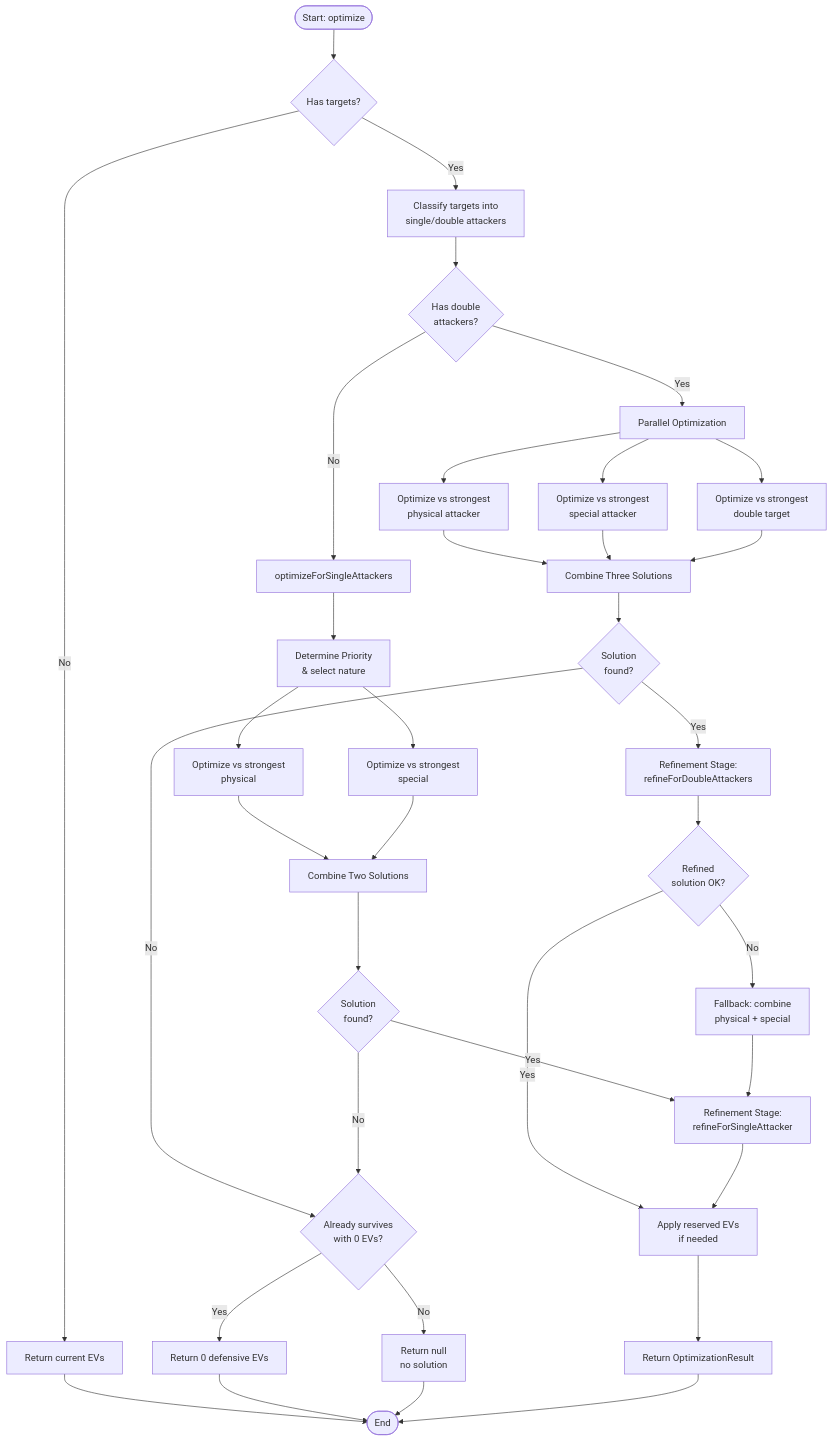
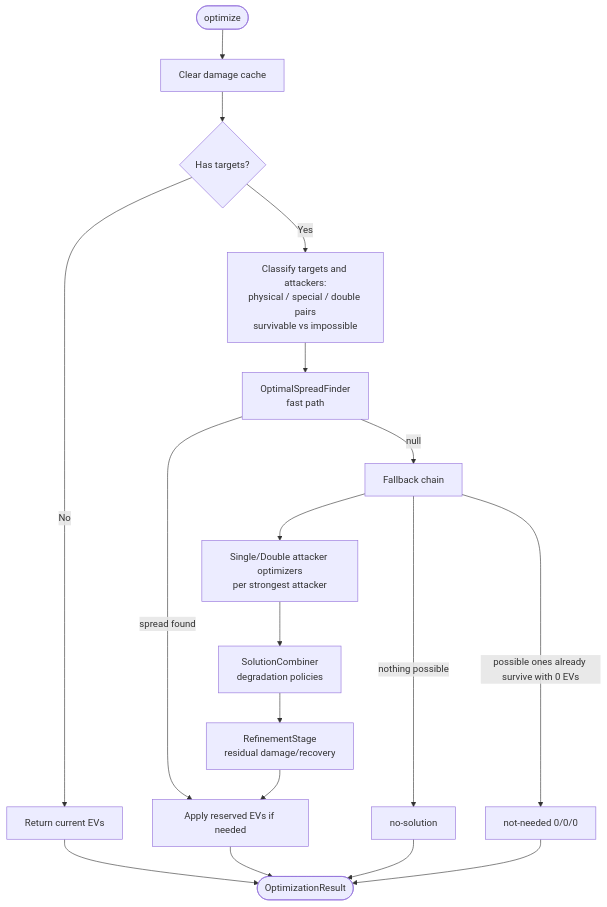
Before and after one commit to robsonbittencourt/vgc-multicalc: the diagram in src/domain/multicalc/ev-optimizer/DEFENSIVE_EV_OPTIMIZER.md, drawn with Mermaid. The commit also changed other lines of this file and 18 other files, not shown here.

````diff
--- a/src/domain/multicalc/ev-optimizer/DEFENSIVE_EV_OPTIMIZER.md
+++ b/src/domain/multicalc/ev-optimizer/DEFENSIVE_EV_OPTIMIZER.md
@@ -13,51 +20,23 @@
 ```mermaid
 flowchart TD
-    Start([Start: optimize]) --> CheckTargets{Has targets?}
+    Start([optimize]) --> Clear[Clear damage cache]
+    Clear --> CheckTargets{Has targets?}
     CheckTargets -->|No| ReturnCurrent[Return current EVs]
-    CheckTargets -->|Yes| ClassifyTargets[Classify targets into<br/>single/double attackers]
+    CheckTargets -->|Yes| Classify[Classify targets and attackers:<br/>physical / special / double pairs<br/>survivable vs impossible]
 
-    ClassifyTargets --> HasDouble{Has double<br/>attackers?}
+    Classify --> Finder[OptimalSpreadFinder<br/>fast path]
+    Finder -->|spread found| Reserved[Apply reserved EVs if needed]
+    Finder -->|null| Fallback[Fallback chain]
 
-    HasDouble -->|No| OptimizeSingle[optimizeForSingleAttackers]
-    HasDouble -->|Yes| ParallelOpt[Parallel Optimization]
+    Fallback --> SingleOpts[Single/Double attacker optimizers<br/>per strongest attacker]
+    SingleOpts --> Combine[SolutionCombiner<br/>degradation policies]
+    Combine --> Refine[RefinementStage<br/>residual damage/recovery]
+    Refine --> Reserved
 
-    ParallelOpt --> OptPhysical[Optimize vs strongest<br/>physical attacker]
-    ParallelOpt --> OptSpecial[Optimize vs strongest<br/>special attacker]
-    ParallelOpt --> OptDouble[Optimize vs strongest<br/>double target]
-
-    OptPhysical --> Combine[Combine Three Solutions]
-    OptSpecial --> Combine
-    OptDouble --> Combine
-
-    OptimizeSingle --> DetPriority[Determine Priority<br/>& select nature]
-    DetPriority --> OptSinglePhys[Optimize vs strongest<br/>physical]
-    DetPriority --> OptSingleSpec[Optimize vs strongest<br/>special]
-
-    OptSinglePhys --> CombineTwo[Combine Two Solutions]
-    OptSingleSpec --> CombineTwo
-
-    Combine --> HasSolution{Solution<br/>found?}
-    CombineTwo --> HasSolutionSingle{Solution<br/>found?}
-
-    HasSolution -->|Yes| RefineDouble[Refinement Stage:<br/>refineForDoubleAttackers]
-    HasSolutionSingle -->|Yes| RefineSingle[Refinement Stage:<br/>refineForSingleAttacker]
-
-    RefineDouble --> CheckRefinedDouble{Refined<br/>solution OK?}
-    CheckRefinedDouble -->|Yes| ApplyReserved[Apply reserved EVs<br/>if needed]
-    CheckRefinedDouble -->|No| Fallback[Fallback: combine<br/>physical + special]
-
-    Fallback --> RefineSingle
-    RefineSingle --> ApplyReserved
-
-    HasSolution -->|No| CheckZero{Already survives<br/>with 0 EVs?}
-    HasSolutionSingle -->|No| CheckZero
-
-    CheckZero -->|Yes| ReturnZero[Return 0 defensive EVs]
-    CheckZero -->|No| ReturnNull[Return null<br/>no solution]
-
-    ApplyReserved --> ReturnResult[Return OptimizationResult]
-    ReturnCurrent --> End([End])
+    Fallback -->|nothing possible| ReturnNull[no-solution]
+    Fallback -->|possible ones already survive with 0 EVs| ReturnZero[not-needed 0/0/0]
+    Reserved --> End([OptimizationResult])
+    ReturnCurrent --> End
+    ReturnNull --> End
     ReturnZero --> End
-    ReturnNull --> End
-    ReturnResult --> End
 ```
````
